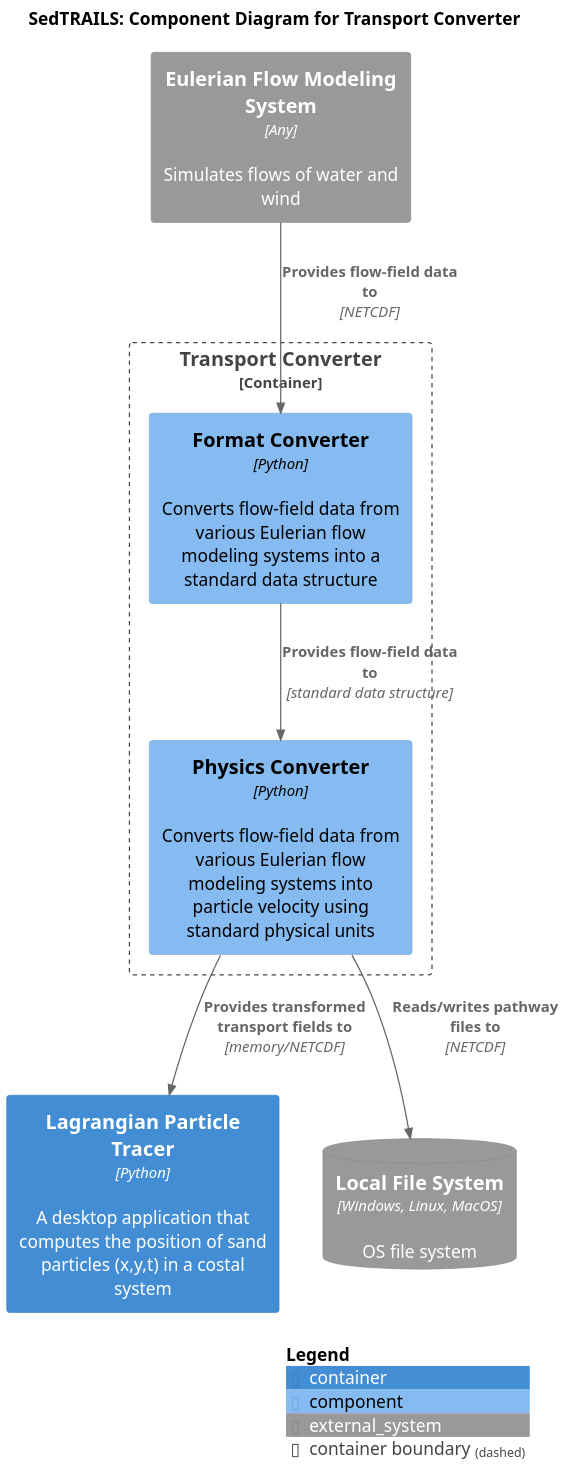
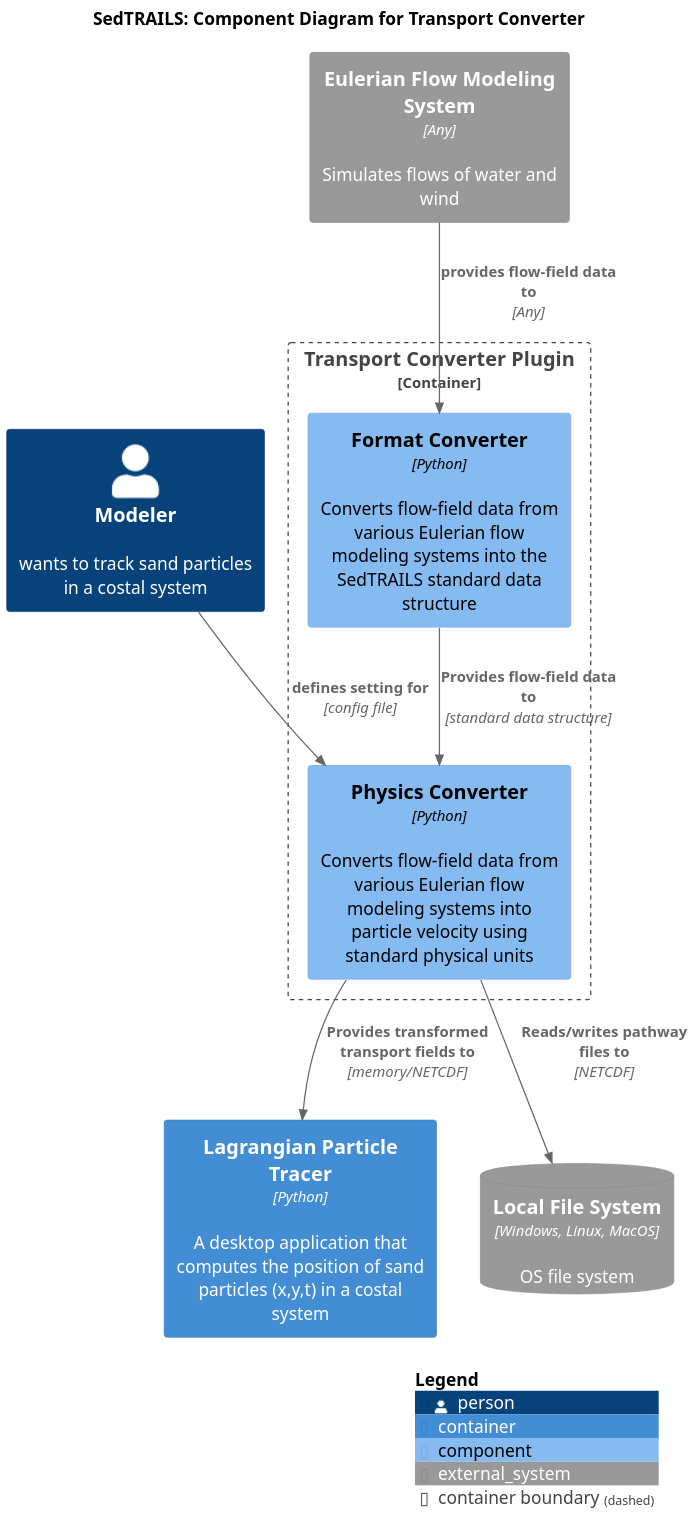
Before and after one commit to sgpearson17/sedtrails-sgp: the diagram in diagrams/componets-converter-app.puml, drawn with PlantUML. The commit also changed 3 other files, not shown here.

```diff
--- a/diagrams/componets-converter-app.puml
+++ b/diagrams/componets-converter-app.puml
@@ -1,28 +1,33 @@
 @startuml SedtrailComponentsConverter
 !include ./c4/C4_Component.puml
 
 ' LAYOUT_LANDSCAPE()
 
 title SedTRAILS: Component Diagram for Transport Converter
 scale 2
 
-Container_Boundary(transportConverter, "Transport Converter"){ 
-    Component(formatConverter, "Format Converter", "Python", "Converts flow-field data from various Eulerian flow modeling systems into a standard data structure")
+Person(modeler, "Modeler", "wants to track sand particles in a costal system")
+
+Container_Boundary(transportConverter, "Transport Converter Plugin"){ 
+    Component(formatConverter, "Format Converter", "Python", "Converts flow-field data from various Eulerian flow modeling systems into the SedTRAILS standard data structure")
     Component(physicsConverter, "Physics Converter", "Python", "Converts flow-field data from various Eulerian flow modeling systems into particle velocity using standard physical units")
         
     Rel(formatConverter, physicsConverter, "Provides flow-field data to", "standard data structure")
+
+    Rel(modeler, physicsConverter, "defines setting for", "config file")
+
 }
+
 
 Container(particleTracer, "Lagrangian Particle Tracer", "Python", "A desktop application that computes the position of sand particles (x,y,t) in a costal system")
 
 System_Ext(flowSystem, "Eulerian Flow Modeling System", "Simulates flows of water and wind", $type="Any")
 SystemDb_Ext(fileSystem, "Local File System", "OS file system", $type="Windows, Linux, MacOS")
 
 Rel(physicsConverter, particleTracer, "Provides transformed transport fields to", "memory/NETCDF")
 Rel(physicsConverter, fileSystem, "Reads/writes pathway files to", "NETCDF")
 
-Rel(flowSystem, formatConverter, "Provides flow-field data to ", "NETCDF")
-
+Rel(flowSystem, formatConverter, "provides flow-field data to ", "Any")
 
 SHOW_LEGEND()
 @enduml
```
